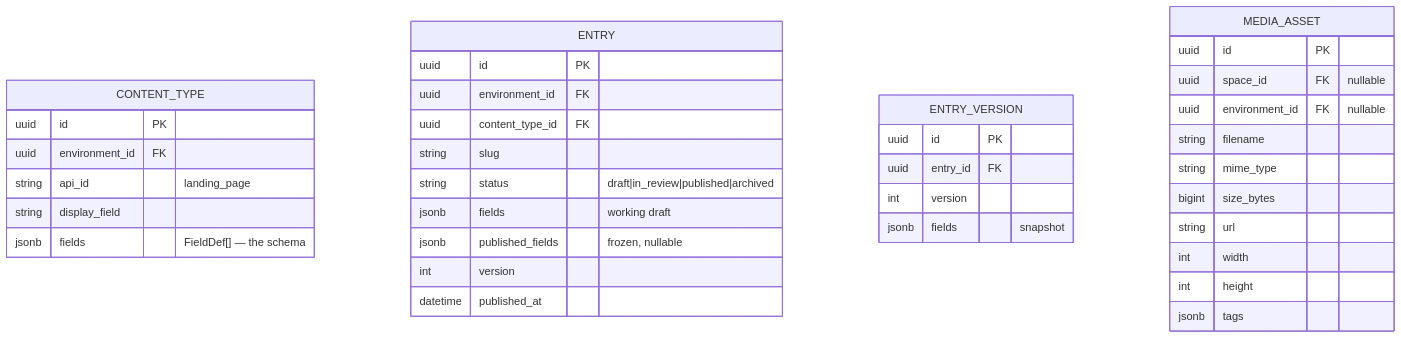
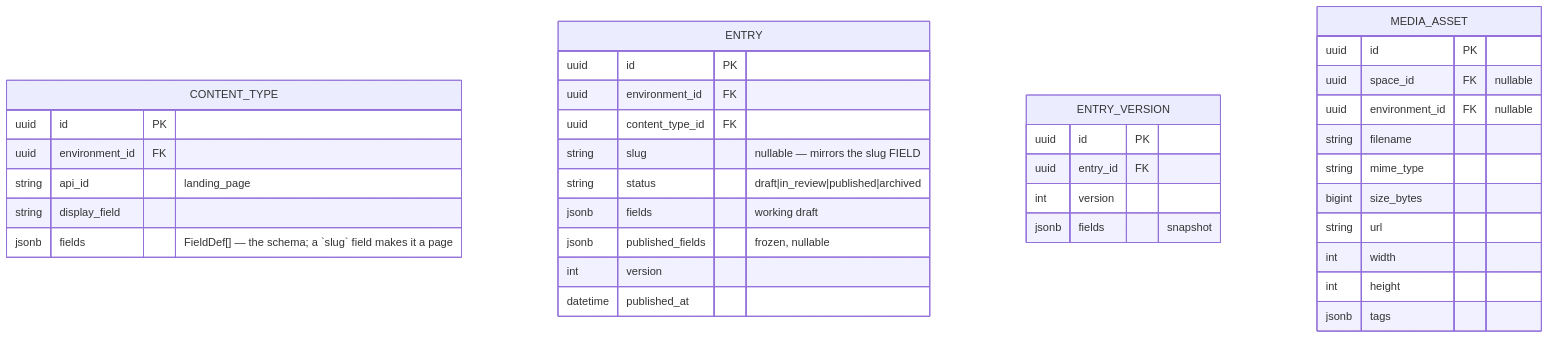
One commit to proteendas/ondros-cms changed the fourth of 7 diagrams in docs/05-data-model.md. Above: the diagram before and after it, drawn with Mermaid. The commit also changed 33 other files, not shown here.

````diff
--- a/docs/05-data-model.md
+++ b/docs/05-data-model.md
@@ -142,39 +142,39 @@
 ```mermaid
 erDiagram
     CONTENT_TYPE {
         uuid id PK
         uuid environment_id FK
         string api_id "landing_page"
         string display_field
-        jsonb fields "FieldDef[] — the schema"
+        jsonb fields "FieldDef[] — the schema; a `slug` field makes it a page"
     }
     ENTRY {
         uuid id PK
         uuid environment_id FK
         uuid content_type_id FK
-        string slug
+        string slug "nullable — mirrors the slug FIELD"
         string status "draft|in_review|published|archived"
         jsonb fields "working draft"
         jsonb published_fields "frozen, nullable"
         int version
         datetime published_at
     }
     ENTRY_VERSION {
         uuid id PK
         uuid entry_id FK
         int version
         jsonb fields "snapshot"
     }
     MEDIA_ASSET {
         uuid id PK
         uuid space_id FK "nullable"
         uuid environment_id FK "nullable"
         string filename
         string mime_type
         bigint size_bytes
         string url
         int width
         int height
         jsonb tags
     }
 ```
````
